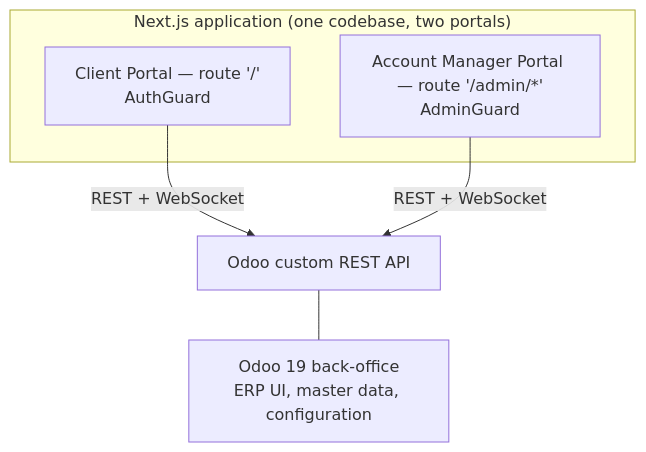
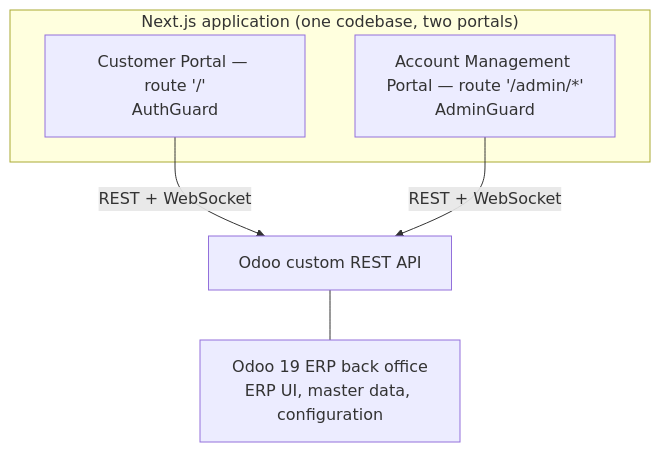
One commit to LaplaceSoftware/lp_projects_docs changed the second of 3 diagrams in docs/b2b_ecommerce_docs/_technical_docs/001-Project-Overview.md. Above: the diagram before and after it, drawn with Mermaid. The commit also changed other lines of this file and 48 other files, not shown here.

````diff
--- a/docs/b2b_ecommerce_docs/_technical_docs/001-Project-Overview.md
+++ b/docs/b2b_ecommerce_docs/_technical_docs/001-Project-Overview.md
@@ -53,12 +53,12 @@
 ```mermaid
 flowchart TB
     subgraph N["Next.js application (one codebase, two portals)"]
-        CP["Client Portal — route '/'<br/>AuthGuard"]
-        AMP["Account Manager Portal — route '/admin/*'<br/>AdminGuard"]
+        CP["Customer Portal — route '/'<br/>AuthGuard"]
+        AMP["Account Management Portal — route '/admin/*'<br/>AdminGuard"]
     end
-    ODOO["Odoo 19 back-office<br/>ERP UI, master data, configuration"]
+    ODOO["Odoo 19 ERP back office<br/>ERP UI, master data, configuration"]
 
     CP -- "REST + WebSocket" --> API["Odoo custom REST API"]
     AMP -- "REST + WebSocket" --> API
     API --- ODOO
 ```
````
